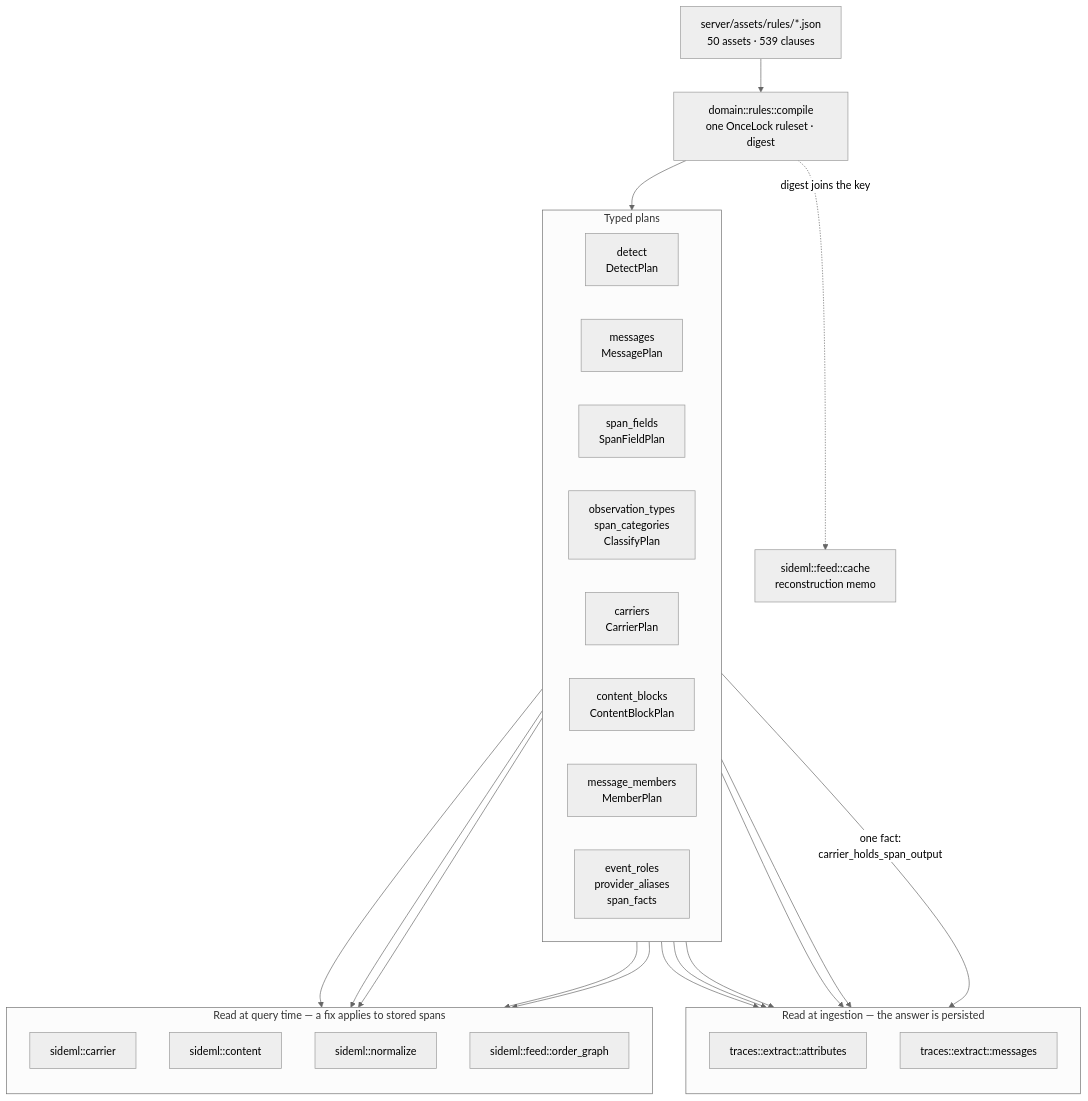
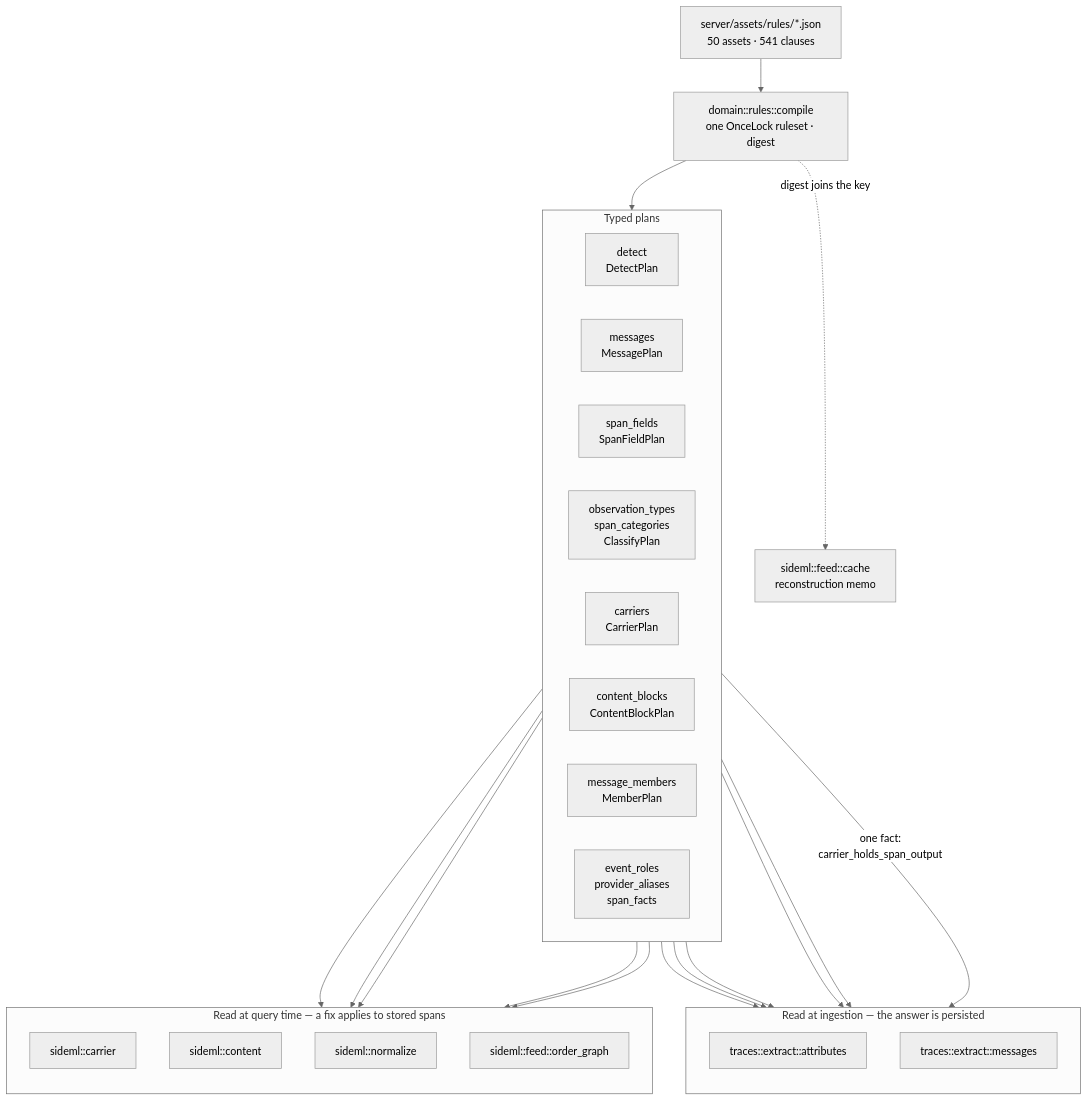
Before and after one commit to sideseat/sideseat: the first of 7 diagrams in docs/engineering/architecture-diagrams.md, drawn with Mermaid (neutral theme). The commit also changed 136 other files, not shown here.

````diff
--- a/docs/engineering/architecture-diagrams.md
+++ b/docs/engineering/architecture-diagrams.md
@@ -18,47 +18,47 @@
 ```mermaid
 flowchart TB
-    assets["server/assets/rules/*.json<br/>50 assets · 539 clauses"]
+    assets["server/assets/rules/*.json<br/>50 assets · 541 clauses"]
     compile["domain::rules::compile<br/>one OnceLock ruleset · digest"]
     assets --> compile
 
     subgraph plans["Typed plans"]
         direction LR
         detect["detect<br/>DetectPlan"]
         messages["messages<br/>MessagePlan"]
         fields["span_fields<br/>SpanFieldPlan"]
         classify["observation_types<br/>span_categories<br/>ClassifyPlan"]
         carriers["carriers<br/>CarrierPlan"]
         blocks["content_blocks<br/>ContentBlockPlan"]
         members["message_members<br/>MemberPlan"]
         roles["event_roles<br/>provider_aliases<br/>span_facts"]
     end
     compile --> plans
 
     subgraph ingest["Read at ingestion — the answer is persisted"]
         direction TB
         attrs["traces::extract::attributes"]
         msgs["traces::extract::messages"]
     end
 
     subgraph query["Read at query time — a fix applies to stored spans"]
         direction TB
         carrier["sideml::carrier"]
         content["sideml::content"]
         normalize["sideml::normalize"]
         order["sideml::feed::order_graph"]
     end
 
     detect --> attrs
     fields --> attrs
     classify --> attrs
     roles --> attrs
     messages --> msgs
     carriers -->|"one fact:<br/>carrier_holds_span_output"| msgs
     carriers --> carrier
     carriers --> order
     blocks --> content
     members --> content
     roles --> normalize
 
     compile -. "digest joins the key" .-> cache["sideml::feed::cache<br/>reconstruction memo"]
 ```
````
